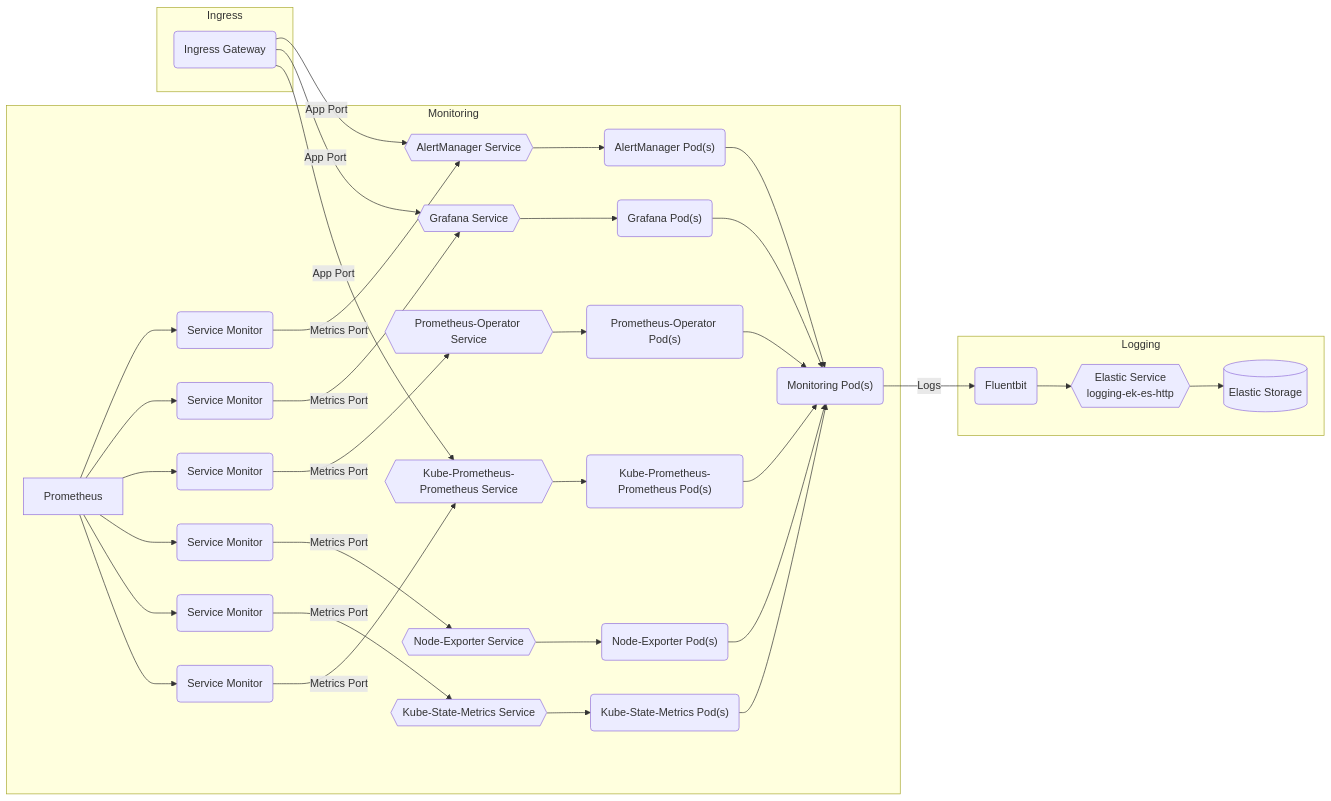
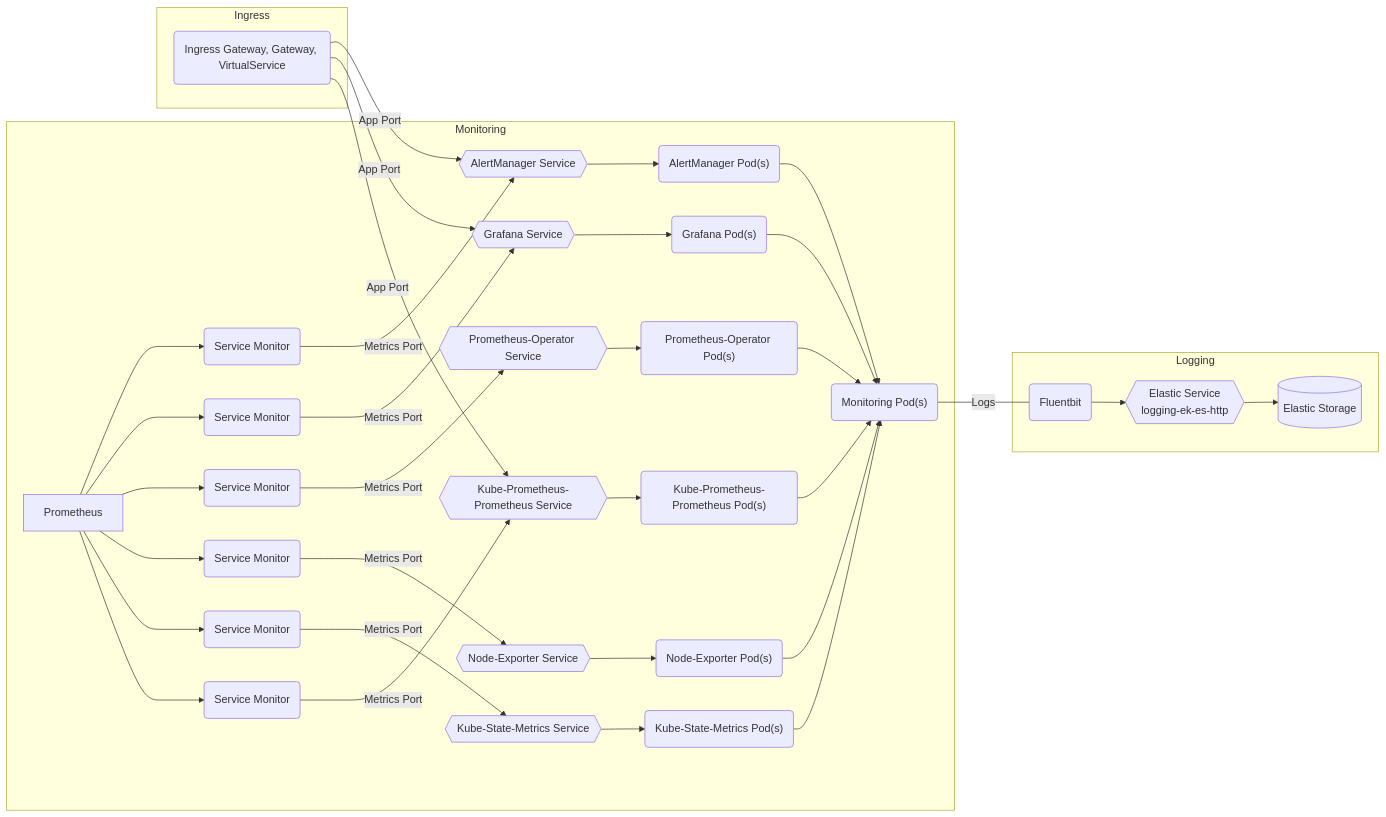
Before and after one commit to sbko/bigbang: the diagram in charter/packages/monitoring/Architecture.md, drawn with Mermaid. The commit also changed other lines of this file, not shown here.

````diff
--- a/charter/packages/monitoring/Architecture.md
+++ b/charter/packages/monitoring/Architecture.md
@@ -12,40 +8,40 @@
  ```mermaid
 graph LR
   subgraph "Monitoring"
     alertmanagerpods("AlertManager Pod(s)") --> monitoringpods("Monitoring Pod(s)")
     alertmanagerservice{{AlertManager Service}} --> alertmanagerpods("AlertManager Pod(s)")
     alertmanagersvcmonitor("Service Monitor") --"Metrics Port"--> alertmanagerservice
     Prometheus --> alertmanagersvcmonitor("Service Monitor")
     grafanapods("Grafana Pod(s)") --> monitoringpods("Monitoring Pod(s)")
     grafanaservice{{Grafana Service}} --> grafanapods("Grafana Pod(s)")
     grafanasvcmonitor("Service Monitor") --"Metrics Port"--> grafanaservice
     Prometheus --> grafanasvcmonitor("Service Monitor")
     prometheusoperatorpods("Prometheus-Operator Pod(s)") --> monitoringpods("Monitoring Pod(s)")
     prometheusoperatorservice{{Prometheus-Operator Service}} -->  prometheusoperatorpods("Prometheus-Operator Pod(s)")
     prometheusoperatorsvcmonitor("Service Monitor") --"Metrics Port"--> prometheusoperatorservice
     Prometheus --> prometheusoperatorsvcmonitor("Service Monitor")
     nodeexporterpods("Node-Exporter Pod(s)") --> monitoringpods("Monitoring Pod(s)")
     nodeexporterservice{{Node-Exporter Service}} -->  nodeexporterpods("Node-Exporter Pod(s)")
     nodeexportersvcmonitor("Service Monitor") --"Metrics Port"-->  nodeexporterservice
     Prometheus --> nodeexportersvcmonitor("Service Monitor")
     kubestatemetricspods("Kube-State-Metrics Pod(s)") --> monitoringpods("Monitoring Pod(s)")
     kubestatemetricsservice{{Kube-State-Metrics Service}} -->  kubestatemetricspods("Kube-State-Metrics Pod(s)")
     kubestatemetricssvcmonitor("Service Monitor") --"Metrics Port"-->  kubestatemetricsservice
     Prometheus --> kubestatemetricssvcmonitor("Service Monitor")
     kubeprometheuspods("Kube-Prometheus-Prometheus Pod(s)") --> monitoringpods("Monitoring Pod(s)")
     kubeprometheusservice{{Kube-Prometheus-Prometheus Service}} -->  kubeprometheuspods("Kube-Prometheus-Prometheus Pod(s)")
     kubeprometheussvcmonitor("Service Monitor") --"Metrics Port"-->  kubeprometheusservice
     Prometheus --> kubeprometheussvcmonitor("Service Monitor")
   end
 
   subgraph "Logging"
-    monitoringpods("Monitoring Pod(s)") --"Logs"--> fluent(Fluentbit) --> logging-ek-es-http
+    monitoringpods("Monitoring Pod(s)") ---|Logs|fluent(Fluentbit) --> logging-ek-es-http
     logging-ek-es-http{{Elastic Service<br />logging-ek-es-http}} --> elastic[(Elastic Storage)]
   end
   subgraph "Ingress"
-    ig(Ingress Gateway) --"App Port"--> alertmanagerservice
-    ig(Ingress Gateway) --"App Port"--> grafanaservice
-    ig(Ingress Gateway) --"App Port"--> kubeprometheusservice
+    ig(Ingress Gateway, Gateway, VirtualService) --"App Port"--> alertmanagerservice
+    ig(Ingress Gateway, Gateway, VirtualService) --"App Port"--> grafanaservice
+    ig(Ingress Gateway, Gateway, VirtualService) --"App Port"--> kubeprometheusservice
   end 
   
-```   
+```
````
